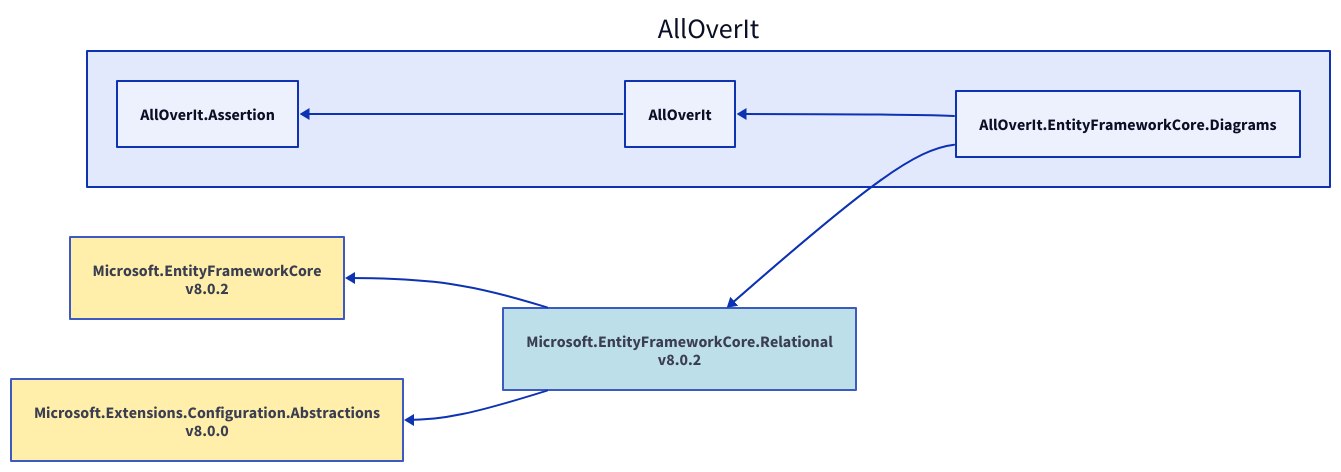
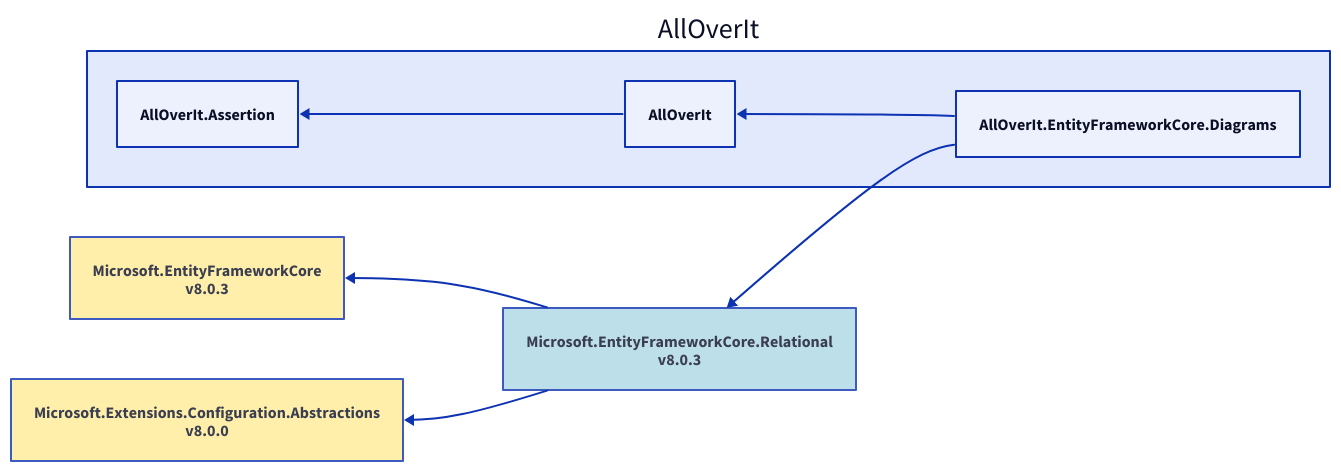
One commit to mjfreelancing/AllOverIt changed the diagram in Docs/Reference/Content/images/dependencies/net8.0/alloverit-entityframeworkcore-diagrams.d2. Above: the diagram before and after it, drawn with D2. The commit also changed 72 other files, not shown here.

Commit message:
Diagram updates

```diff
--- a/Docs/Reference/Content/images/dependencies/net8.0/alloverit-entityframeworkcore-diagrams.d2
+++ b/Docs/Reference/Content/images/dependencies/net8.0/alloverit-entityframeworkcore-diagrams.d2
@@ -1,20 +1,20 @@
 direction: left
 
 aoi: AllOverIt
 aoi.alloverit-entityframeworkcore-diagrams: AllOverIt.EntityFrameworkCore.Diagrams
-microsoft-entityframeworkcore-relational_8-0-2: Microsoft.EntityFrameworkCore.Relational\nv8.0.2
-microsoft-entityframeworkcore-relational_8-0-2.style.fill: "#ADD8E6"
-microsoft-entityframeworkcore-relational_8-0-2.style.opacity: 0.8
-microsoft-entityframeworkcore_8-0-2: Microsoft.EntityFrameworkCore\nv8.0.2
-microsoft-entityframeworkcore_8-0-2.style.fill: "#FFEC96"
-microsoft-entityframeworkcore_8-0-2.style.opacity: 0.8
-microsoft-entityframeworkcore_8-0-2 <- microsoft-entityframeworkcore-relational_8-0-2
+microsoft-entityframeworkcore-relational_8-0-3: Microsoft.EntityFrameworkCore.Relational\nv8.0.3
+microsoft-entityframeworkcore-relational_8-0-3.style.fill: "#ADD8E6"
+microsoft-entityframeworkcore-relational_8-0-3.style.opacity: 0.8
+microsoft-entityframeworkcore_8-0-3: Microsoft.EntityFrameworkCore\nv8.0.3
+microsoft-entityframeworkcore_8-0-3.style.fill: "#FFEC96"
+microsoft-entityframeworkcore_8-0-3.style.opacity: 0.8
+microsoft-entityframeworkcore_8-0-3 <- microsoft-entityframeworkcore-relational_8-0-3
 microsoft-extensions-configuration-abstractions_8-0-0: Microsoft.Extensions.Configuration.Abstractions\nv8.0.0
 microsoft-extensions-configuration-abstractions_8-0-0.style.fill: "#FFEC96"
 microsoft-extensions-configuration-abstractions_8-0-0.style.opacity: 0.8
-microsoft-extensions-configuration-abstractions_8-0-0 <- microsoft-entityframeworkcore-relational_8-0-2
-microsoft-entityframeworkcore-relational_8-0-2 <- aoi.alloverit-entityframeworkcore-diagrams
+microsoft-extensions-configuration-abstractions_8-0-0 <- microsoft-entityframeworkcore-relational_8-0-3
+microsoft-entityframeworkcore-relational_8-0-3 <- aoi.alloverit-entityframeworkcore-diagrams
 aoi.alloverit: AllOverIt
 aoi.alloverit-assertion: AllOverIt.Assertion
 aoi.alloverit-assertion <- aoi.alloverit
 aoi.alloverit <- aoi.alloverit-entityframeworkcore-diagrams
```
